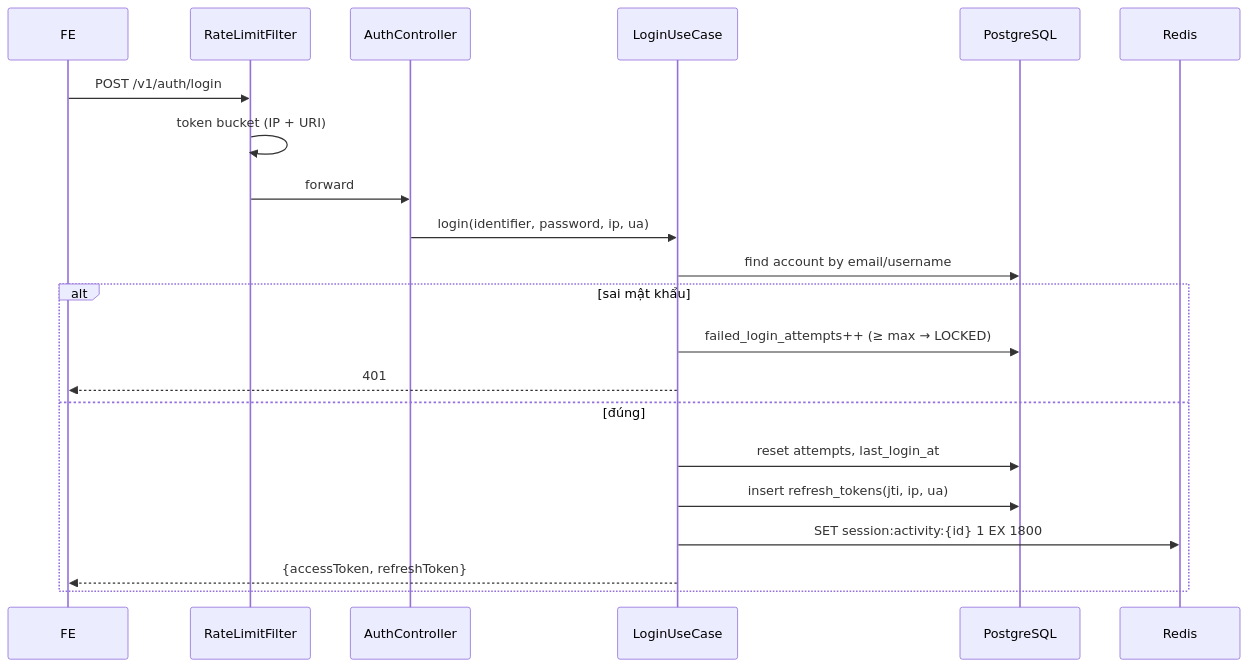
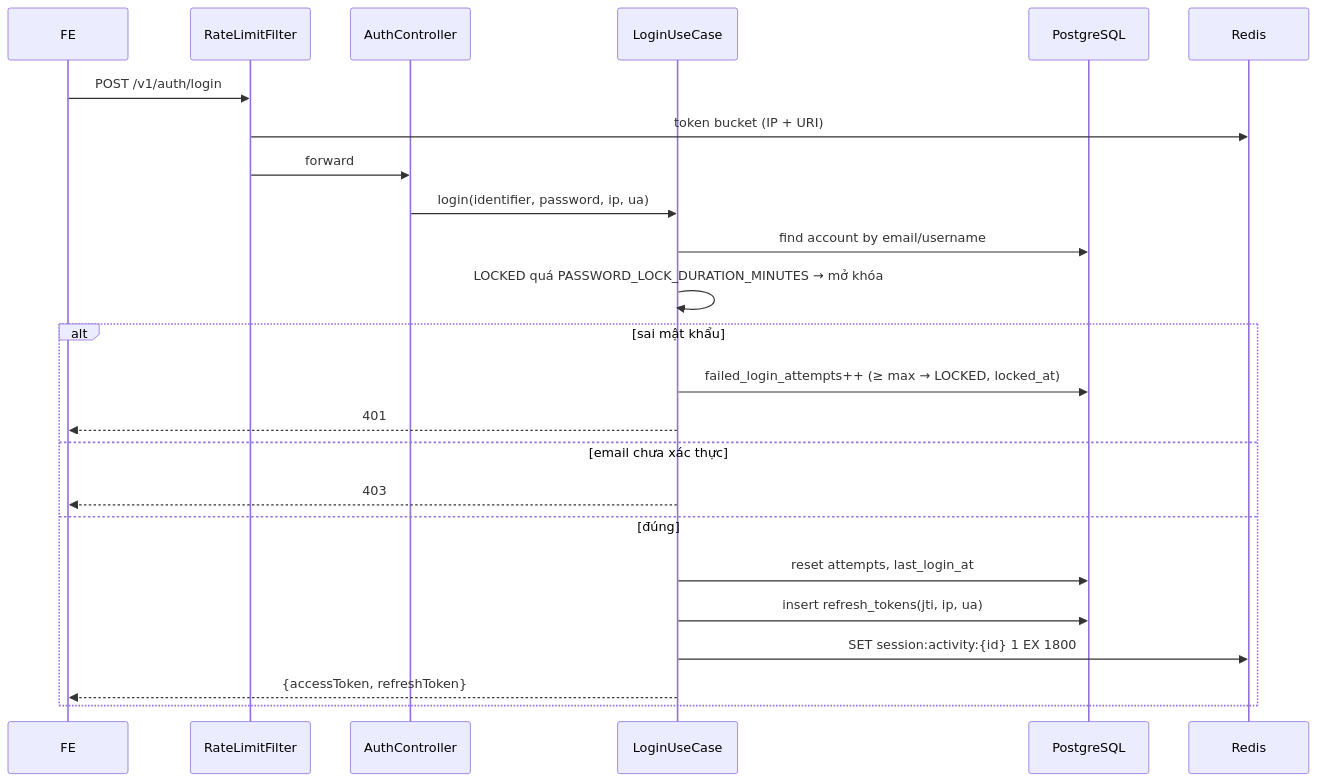
The second of 5 diagrams in docs/services/auth-service.md (ngohoangg/intelli-hire), drawn with Mermaid before and after one commit. The commit also changed other lines of this file and 19 other files, not shown here.

````diff
--- a/docs/services/auth-service.md
+++ b/docs/services/auth-service.md
@@ -193,23 +199,26 @@
 ```mermaid
 sequenceDiagram
     participant FE
     participant RL as RateLimitFilter
     participant C as AuthController
     participant UC as LoginUseCase
     participant DB as PostgreSQL
     participant R as Redis
     FE->>RL: POST /v1/auth/login
-    RL->>RL: token bucket (IP + URI)
+    RL->>R: token bucket (IP + URI)
     RL->>C: forward
     C->>UC: login(identifier, password, ip, ua)
     UC->>DB: find account by email/username
+    UC->>UC: LOCKED quá PASSWORD_LOCK_DURATION_MINUTES → mở khóa
     alt sai mật khẩu
-        UC->>DB: failed_login_attempts++ (≥ max → LOCKED)
+        UC->>DB: failed_login_attempts++ (≥ max → LOCKED, locked_at)
         UC-->>FE: 401
+    else email chưa xác thực
+        UC-->>FE: 403
     else đúng
         UC->>DB: reset attempts, last_login_at
         UC->>DB: insert refresh_tokens(jti, ip, ua)
         UC->>R: SET session:activity:{id} 1 EX 1800
         UC-->>FE: {accessToken, refreshToken}
     end
 ```
````
